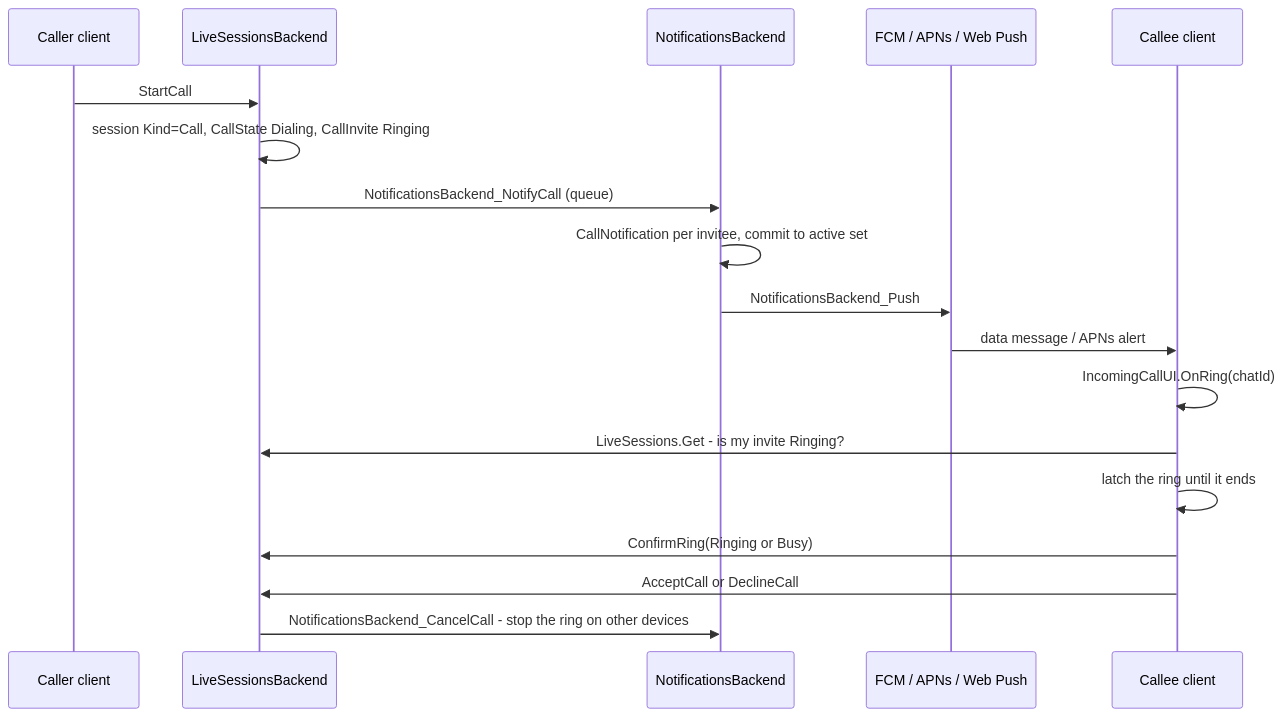
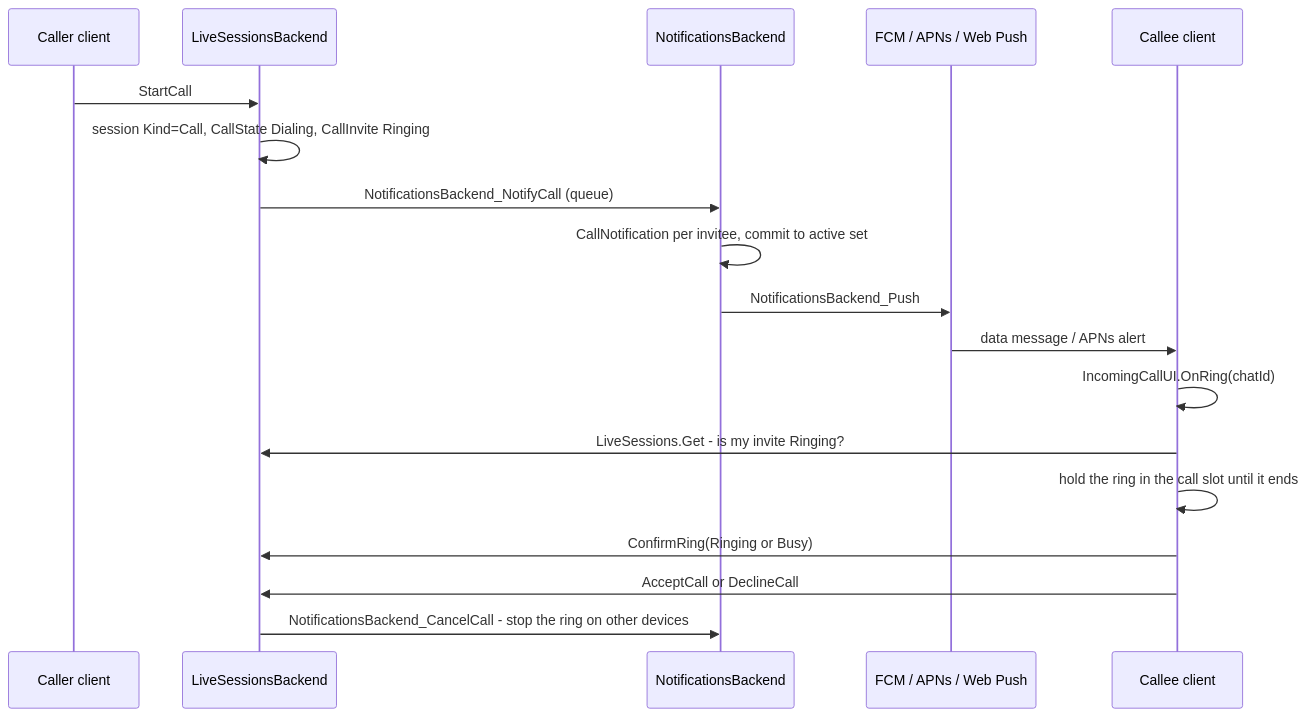
One commit to Actual-Chat/actual-chat changed the diagram in docs/calls/incoming-call-flow.md. Above: the diagram before and after it, drawn with Mermaid. The commit also changed other lines of this file and 1 other file, not shown here.

First line of the commit message:
docs(calls): describe the call slot as built

````diff
--- a/docs/calls/incoming-call-flow.md
+++ b/docs/calls/incoming-call-flow.md
@@ -21,21 +22,21 @@
 ```mermaid
 sequenceDiagram
     participant Caller as Caller client
     participant LS as LiveSessionsBackend
     participant NB as NotificationsBackend
     participant Push as FCM / APNs / Web Push
     participant Callee as Callee client
 
     Caller->>LS: StartCall
     LS->>LS: session Kind=Call, CallState Dialing, CallInvite Ringing
     LS->>NB: NotificationsBackend_NotifyCall (queue)
     NB->>NB: CallNotification per invitee, commit to active set
     NB->>Push: NotificationsBackend_Push
     Push->>Callee: data message / APNs alert
     Callee->>Callee: IncomingCallUI.OnRing(chatId)
     Callee->>LS: LiveSessions.Get - is my invite Ringing?
-    Callee->>Callee: latch the ring until it ends
+    Callee->>Callee: hold the ring in the call slot until it ends
     Callee->>LS: ConfirmRing(Ringing or Busy)
     Callee->>LS: AcceptCall or DeclineCall
     LS->>NB: NotificationsBackend_CancelCall - stop the ring on other devices
 ```
````
